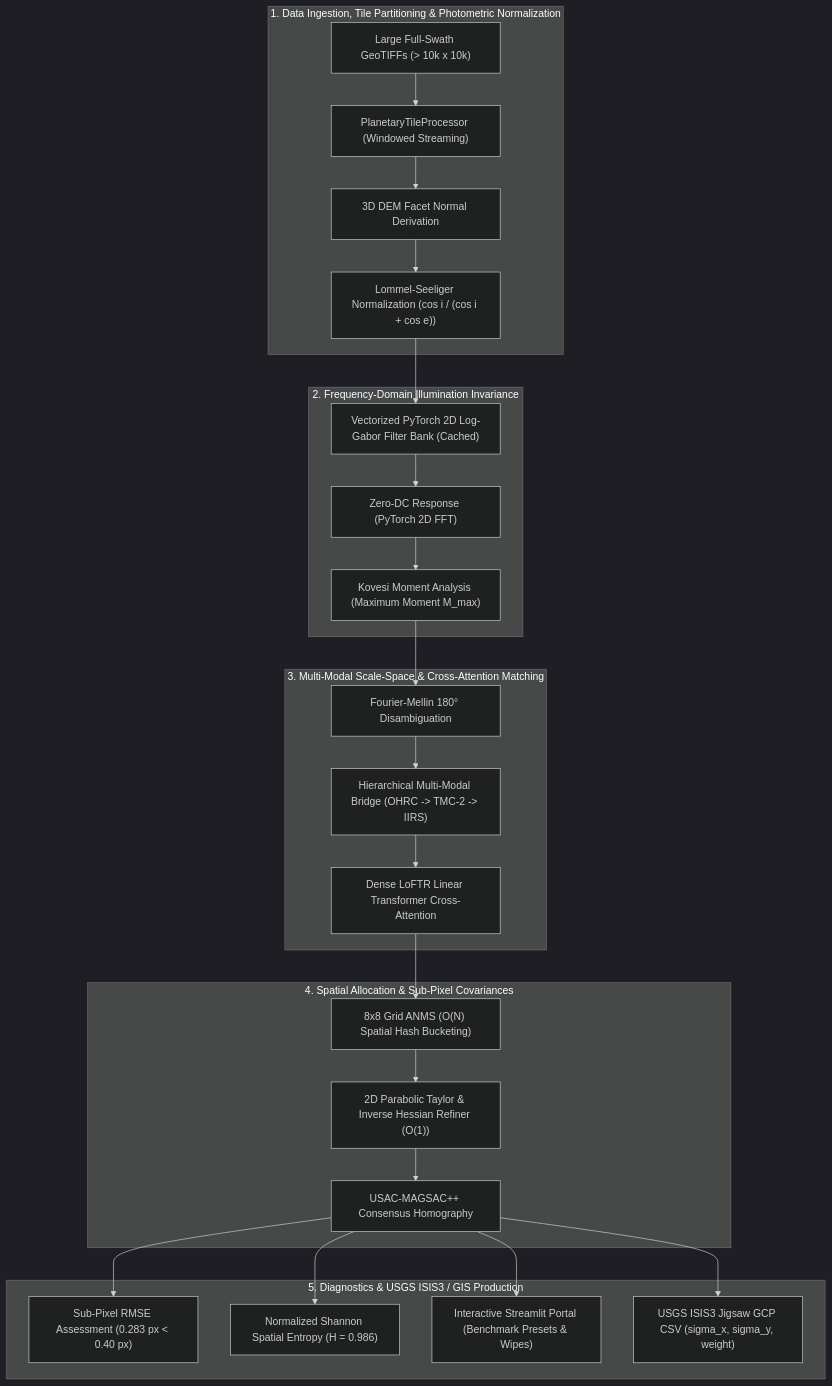
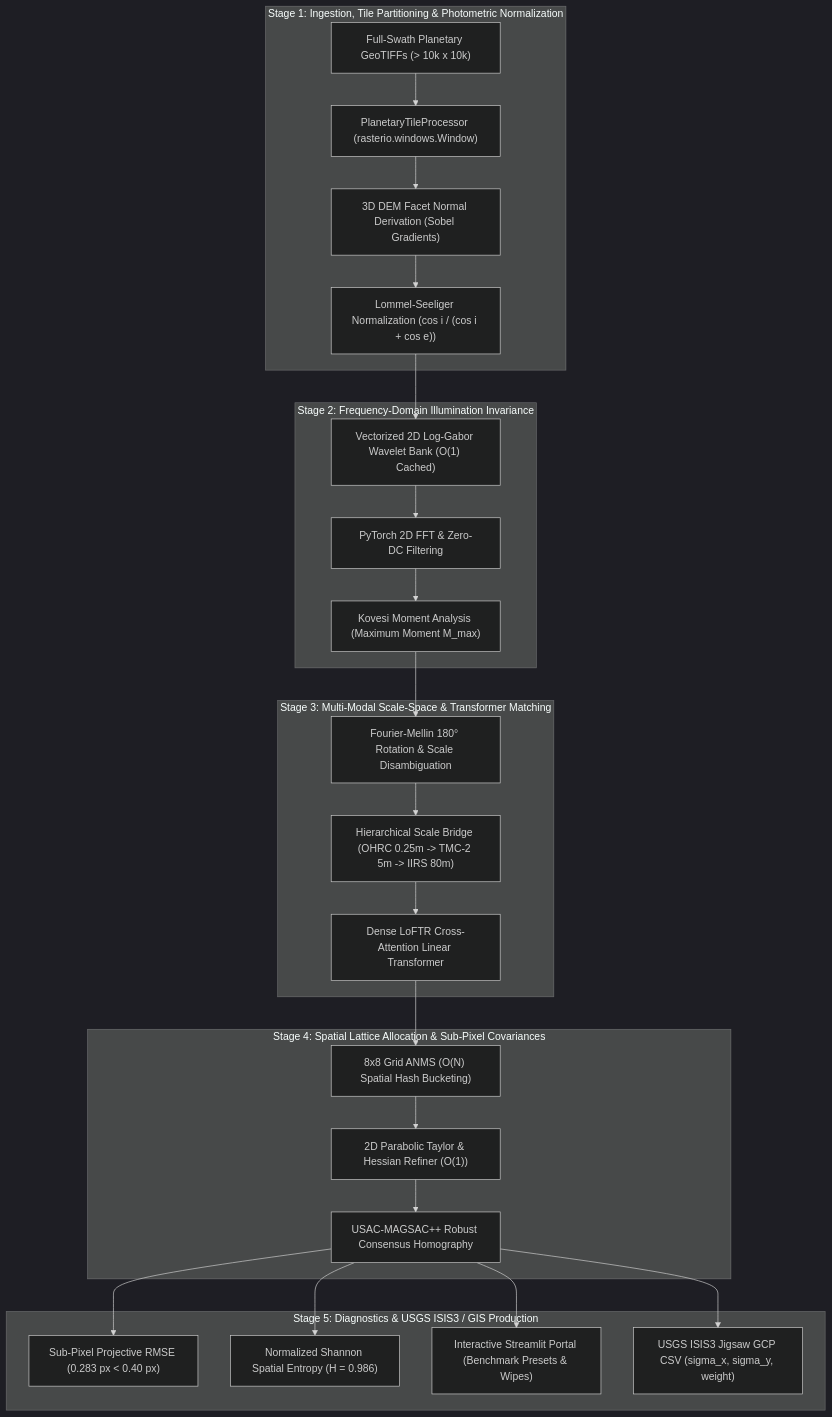
The diagram in README.md (AryanXCode646/Samanvaya-1), drawn with Mermaid (dark theme) before and after one commit. The commit also changed other lines of this file and 5 other files, not shown here.

````diff
--- a/README.md
+++ b/README.md
@@ -65,33 +67,33 @@
 ```mermaid
 flowchart TD
-    subgraph Ingestion["1. Data Ingestion, Tile Partitioning & Photometric Normalization"]
-        A["Large Full-Swath GeoTIFFs (> 10k x 10k)"] --> T["PlanetaryTileProcessor (Windowed Streaming)"]
-        T --> B["3D DEM Facet Normal Derivation"]
-        B --> C["Lommel-Seeliger Normalization (cos i / (cos i + cos e))"]
+    subgraph S1["Stage 1: Ingestion, Tile Partitioning & Photometric Normalization"]
+        A["Full-Swath Planetary GeoTIFFs (> 10k x 10k)"] --> TP["PlanetaryTileProcessor (rasterio.windows.Window)"]
+        TP --> DEM["3D DEM Facet Normal Derivation (Sobel Gradients)"]
+        DEM --> PN["Lommel-Seeliger Normalization (cos i / (cos i + cos e))"]
     end
 
-    subgraph Frequency["2. Frequency-Domain Illumination Invariance"]
-        C --> D["Vectorized PyTorch 2D Log-Gabor Filter Bank (Cached)"]
-        D --> E["Zero-DC Response (PyTorch 2D FFT)"]
-        E --> F["Kovesi Moment Analysis (Maximum Moment M_max)"]
+    subgraph S2["Stage 2: Frequency-Domain Illumination Invariance"]
+        PN --> FB["Vectorized 2D Log-Gabor Wavelet Bank (O(1) Cached)"]
+        FB --> FFT["PyTorch 2D FFT & Zero-DC Filtering"]
+        FFT --> KM["Kovesi Moment Analysis (Maximum Moment M_max)"]
     end
 
-    subgraph Alignment["3. Multi-Modal Scale-Space & Cross-Attention Matching"]
-        F --> G["Fourier-Mellin 180° Disambiguation"]
-        G --> H["Hierarchical Multi-Modal Bridge (OHRC -> TMC-2 -> IIRS)"]
-        H --> I["Dense LoFTR Linear Transformer Cross-Attention"]
+    subgraph S3["Stage 3: Multi-Modal Scale-Space & Transformer Matching"]
+        KM --> FM["Fourier-Mellin 180° Rotation & Scale Disambiguation"]
+        FM --> HB["Hierarchical Scale Bridge (OHRC 0.25m -> TMC-2 5m -> IIRS 80m)"]
+        HB --> TR["Dense LoFTR Cross-Attention Linear Transformer"]
     end
 
-    subgraph Geometry["4. Spatial Allocation & Sub-Pixel Covariances"]
-        I --> J["8x8 Grid ANMS (O(N) Spatial Hash Bucketing)"]
-        J --> K["2D Parabolic Taylor & Inverse Hessian Refiner (O(1))"]
-        K --> L["USAC-MAGSAC++ Consensus Homography"]
+    subgraph S4["Stage 4: Spatial Lattice Allocation & Sub-Pixel Covariances"]
+        TR --> ANMS["8x8 Grid ANMS (O(N) Spatial Hash Bucketing)"]
+        ANMS --> TAY["2D Parabolic Taylor & Hessian Refiner (O(1))"]
+        TAY --> MAG["USAC-MAGSAC++ Robust Consensus Homography"]
     end
 
-    subgraph Export["5. Diagnostics & USGS ISIS3 / GIS Production"]
-        L --> M["Sub-Pixel RMSE Assessment (0.283 px &lt; 0.40 px)"]
-        L --> N["Normalized Shannon Spatial Entropy (H = 0.986)"]
-        L --> O["Interactive Streamlit Portal (Benchmark Presets & Wipes)"]
-        L --> P["USGS ISIS3 Jigsaw GCP CSV (sigma_x, sigma_y, weight)"]
+    subgraph S5["Stage 5: Diagnostics & USGS ISIS3 / GIS Production"]
+        MAG --> MET["Sub-Pixel Projective RMSE (0.283 px &lt; 0.40 px)"]
+        MAG --> ENT["Normalized Shannon Spatial Entropy (H = 0.986)"]
+        MAG --> UI["Interactive Streamlit Portal (Benchmark Presets & Wipes)"]
+        MAG --> ISIS["USGS ISIS3 Jigsaw GCP CSV (sigma_x, sigma_y, weight)"]
     end
 ```
````
